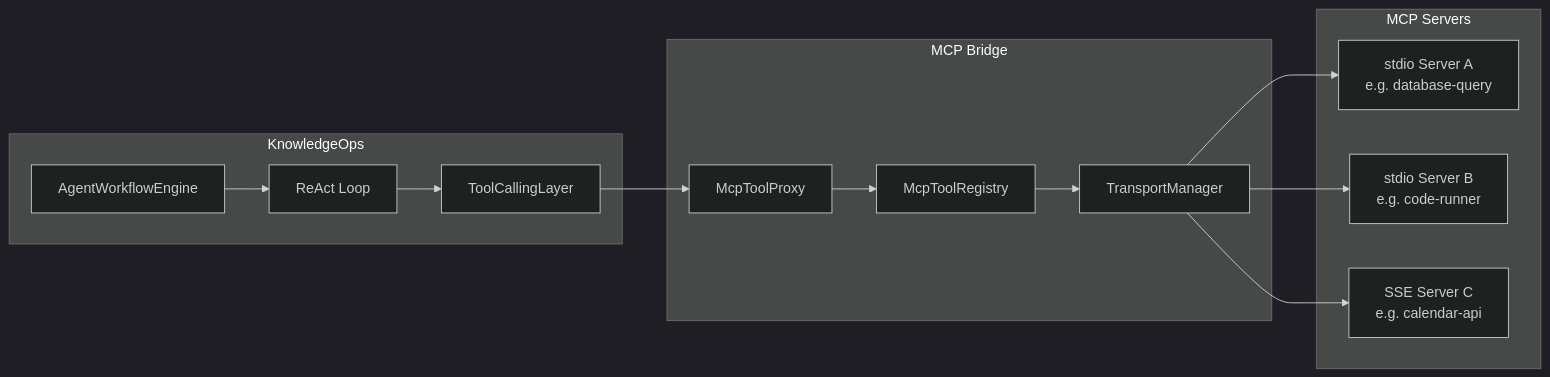
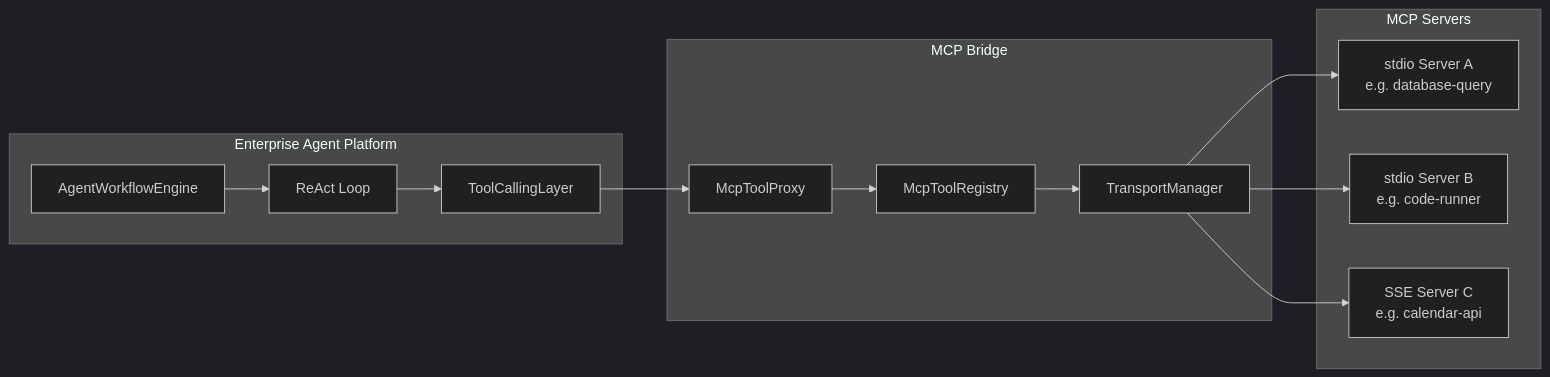
The first of 2 diagrams in docs/architecture-mcp-bridge.md (L1kugg/enterprise-agent-platform), drawn with Mermaid (dark theme) before and after one commit. The commit also changed other lines of this file and 88 other files, not shown here.

First line of the commit message:
refactor(platform): 品牌统一更名 knowledgeops → enterprise-agent-platform

````diff
--- a/docs/architecture-mcp-bridge.md
+++ b/docs/architecture-mcp-bridge.md
@@ -17,28 +17,28 @@
 ```mermaid
 flowchart LR
-    subgraph KnowledgeOps
+    subgraph Enterprise Agent Platform
         AWE[AgentWorkflowEngine]
         TL[ToolCallingLayer]
         RL[ReAct Loop]
     end
 
     subgraph MCP Bridge
         REG[McpToolRegistry]
         PROXY[McpToolProxy]
         TRANSPORT[TransportManager]
     end
 
     subgraph MCP Servers
         S1[stdio Server A<br/>e.g. database-query]
         S2[stdio Server B<br/>e.g. code-runner]
         S3[SSE Server C<br/>e.g. calendar-api]
     end
 
     AWE --> RL --> TL
     TL --> PROXY
     PROXY --> REG
     REG --> TRANSPORT
     TRANSPORT --> S1
     TRANSPORT --> S2
     TRANSPORT --> S3
 ```
````
